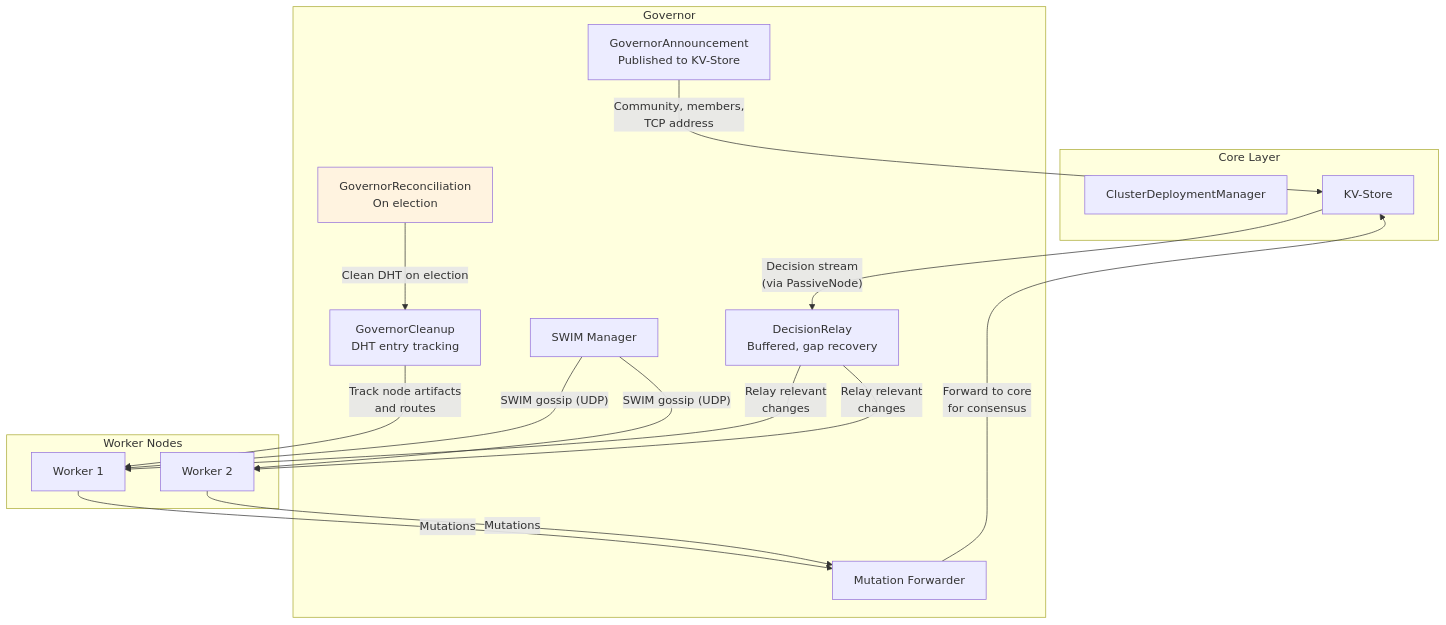
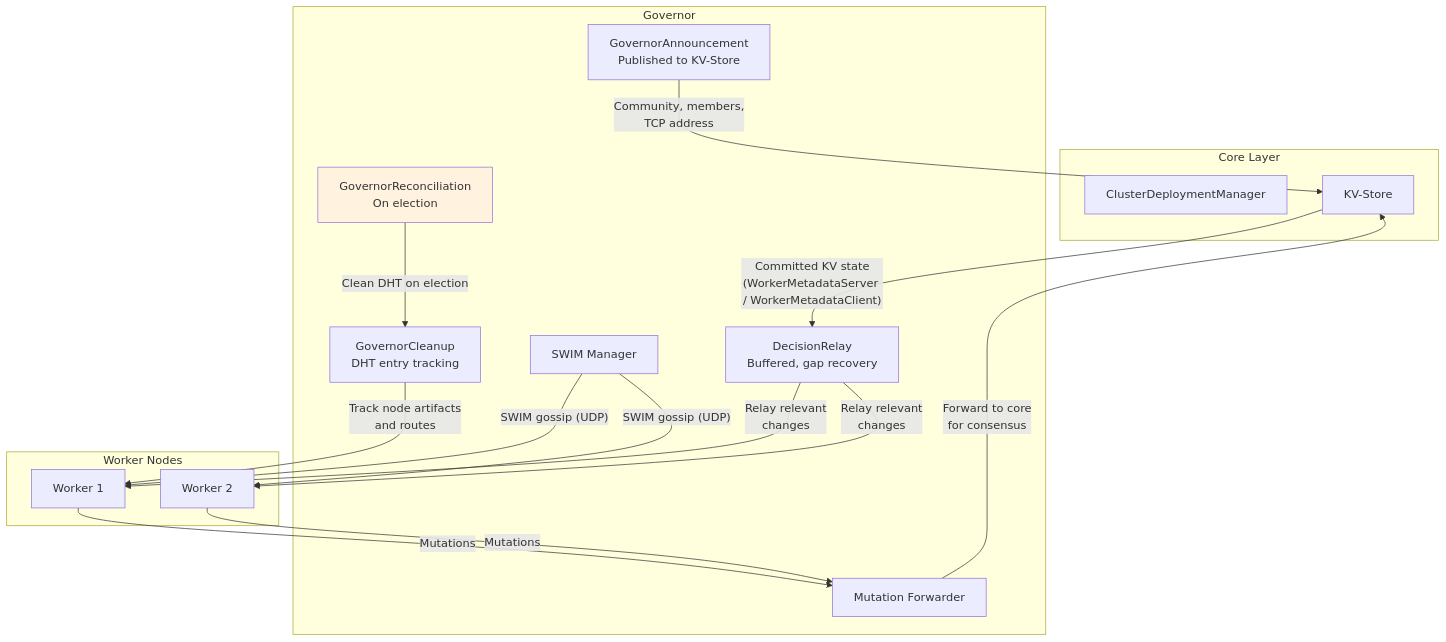
One commit to pragmaticalabs/pragmatica changed the fifth of 8 diagrams in aether/docs/architecture/05-worker-pools.md. Above: the diagram before and after it, drawn with Mermaid. The commit also changed 5 other files, not shown here.

Commit message:
docs: live docs no longer describe PassiveNode, removed in rc4 (#2033)

````diff
--- a/aether/docs/architecture/05-worker-pools.md
+++ b/aether/docs/architecture/05-worker-pools.md
@@ -189,39 +189,39 @@
 ```mermaid
 graph TB
     subgraph Core["Core Layer"]
         CDM["ClusterDeploymentManager"]
         KV["KV-Store"]
     end
 
     subgraph Gov["Governor"]
         DS["DecisionRelay<br/>Buffered, gap recovery"]
         SR["GovernorAnnouncement<br/>Published to KV-Store"]
         MF["Mutation Forwarder"]
         SM["SWIM Manager"]
         GC["GovernorCleanup<br/>DHT entry tracking"]
         GR["GovernorReconciliation<br/>On election"]
     end
 
     subgraph Workers["Worker Nodes"]
         W1["Worker 1"]
         W2["Worker 2"]
     end
 
-    KV -->|"Decision stream<br/>(via PassiveNode)"| DS
+    KV -->|"Committed KV state<br/>(WorkerMetadataServer / WorkerMetadataClient)"| DS
     DS -->|"Relay relevant<br/>changes"| W1
     DS -->|"Relay relevant<br/>changes"| W2
 
     W1 -->|"Mutations"| MF
     W2 -->|"Mutations"| MF
     MF -->|"Forward to core<br/>for consensus"| KV
 
     SM -->|"SWIM gossip (UDP)"| W1
     SM -->|"SWIM gossip (UDP)"| W2
 
     SR -->|"Community, members,<br/>TCP address"| KV
 
     GC -->|"Track node artifacts<br/>and routes"| W1
     GR -->|"Clean DHT on election"| GC
 
     style GR fill:#fff3e0
 ```
````
